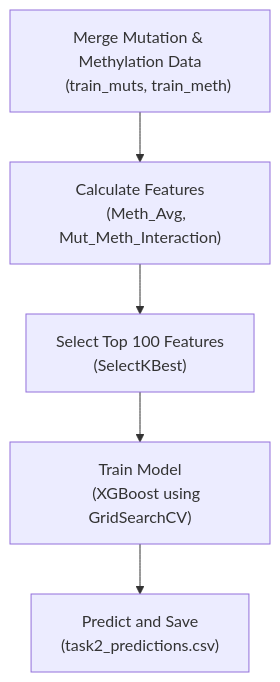
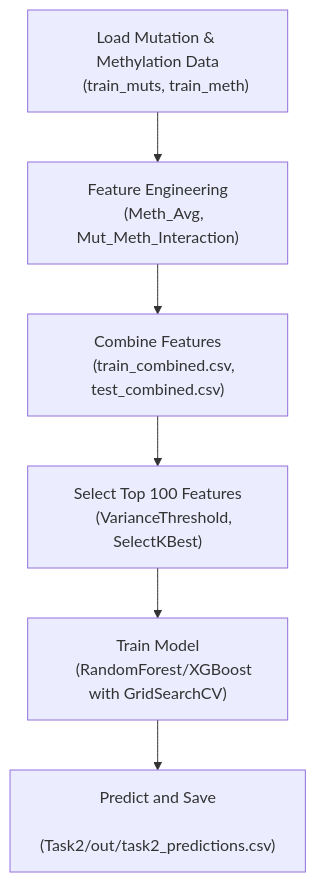
Before and after one commit to 0PeterAdel/Computational-Genomics: the second of 2 diagrams in Report.md, drawn with Mermaid. The commit also changed other lines of this file and 24 other files, not shown here.

````diff
--- a/Report.md
+++ b/Report.md
@@ -75,12 +79,14 @@
 ```mermaid
 graph TD
-    A["Merge Mutation & Methylation Data
-    (train_muts, train_meth)"] --> B["Calculate Features
+    A["Load Mutation & Methylation Data
+    (train_muts, train_meth)"] --> B["Feature Engineering
     (Meth_Avg, Mut_Meth_Interaction)"]
-    B --> C["Select Top 100 Features
-    (SelectKBest)"]
-    C --> D["Train Model
-    (XGBoost using GridSearchCV)"]
-    D --> E["Predict and Save
-    (task2_predictions.csv)"]
+    B --> C["Combine Features
+    (train_combined.csv, test_combined.csv)"]
+    C --> D["Select Top 100 Features
+    (VarianceThreshold, SelectKBest)"]
+    D --> E["Train Model
+    (RandomForest/XGBoost with GridSearchCV)"]
+    E --> F["Predict and Save
+    (Task2/out/task2_predictions.csv)"]
 ```
````
